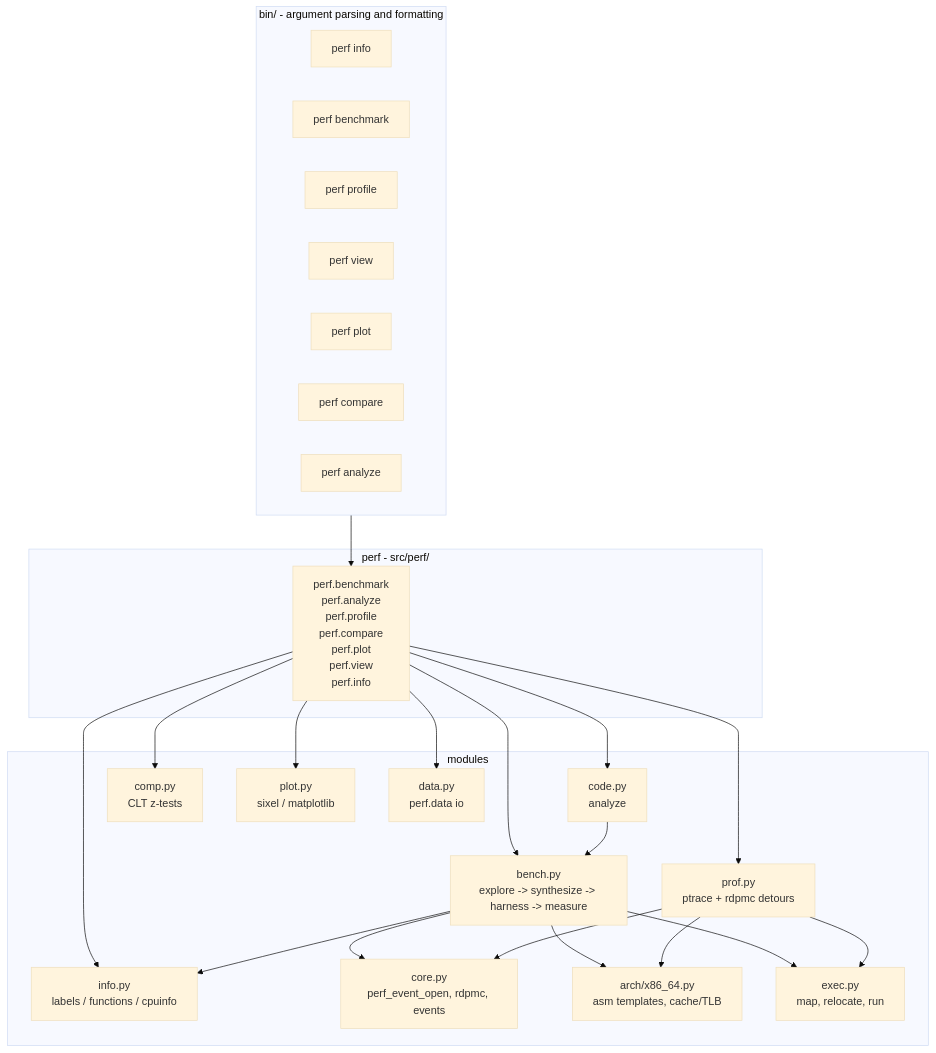
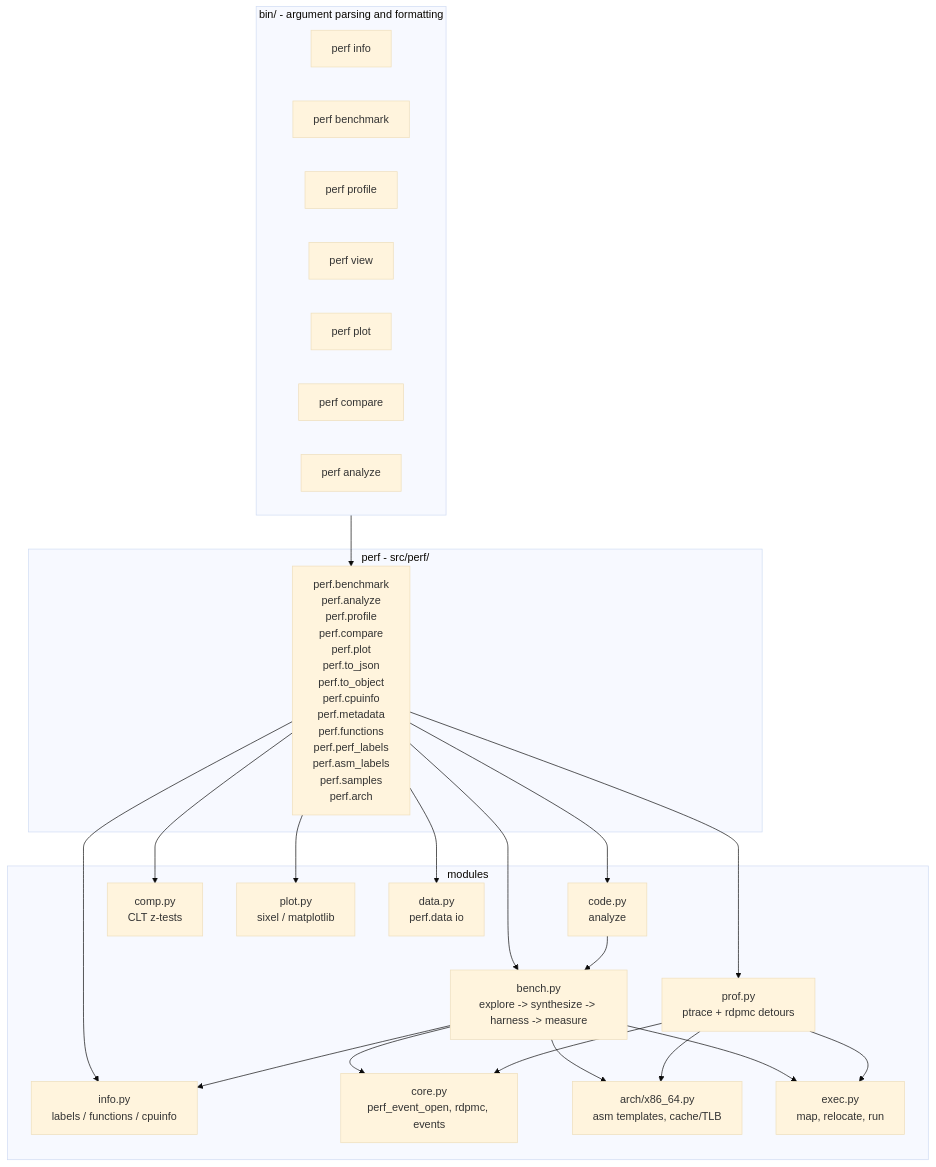
The first of 2 diagrams in src/README.md (perf-labs/perf), drawn with Mermaid (base theme) before and after one commit. The commit also changed other lines of this file and 32 other files, not shown here.

````diff
--- a/src/README.md
+++ b/src/README.md
@@ -7,43 +7,43 @@
 ```mermaid
 flowchart TD
     subgraph cli["bin/ - argument parsing and formatting"]
         info[perf info]
         bench[perf benchmark]
         prof[perf profile]
         view[perf view]
         plot[perf plot]
         comp[perf compare]
         analyze[perf analyze]
     end
     subgraph lib["perf - src/perf/"]
-        api["perf.benchmark<br/>perf.analyze<br/>perf.profile<br/>perf.compare<br/>perf.plot<br/>perf.view<br/>perf.info"]
+        api["perf.benchmark<br/>perf.analyze<br/>perf.profile<br/>perf.compare<br/>perf.plot<br/>perf.to_json<br/>perf.to_object<br/>perf.cpuinfo<br/>perf.metadata<br/>perf.functions<br/>perf.perf_labels<br/>perf.asm_labels<br/>perf.samples<br/>perf.arch"]
     end
     subgraph core["modules"]
         bench_m["bench.py<br/>explore -> synthesize -> harness -> measure"]
         code_m["code.py<br/>analyze"]
         prof_m["prof.py<br/>ptrace + rdpmc detours"]
         comp_m["comp.py<br/>CLT z-tests"]
         plot_m["plot.py<br/>sixel / matplotlib"]
         data_m["data.py<br/>perf.data io"]
         info_m["info.py<br/>labels / functions / cpuinfo"]
         core_m["core.py<br/>perf_event_open, rdpmc, events"]
         arch_m["arch/x86_64.py<br/>asm templates, cache/TLB"]
         elf_m["exec.py<br/>map, relocate, run"]
     end
     cli --> api
     api --> bench_m
     api --> code_m
     api --> prof_m
     api --> comp_m
     api --> plot_m
     api --> data_m
     api --> info_m
     bench_m --> core_m
     bench_m --> arch_m
     bench_m --> elf_m
     bench_m --> info_m
     code_m --> bench_m
     prof_m --> core_m
     prof_m --> arch_m
     prof_m --> elf_m
 ```
````
